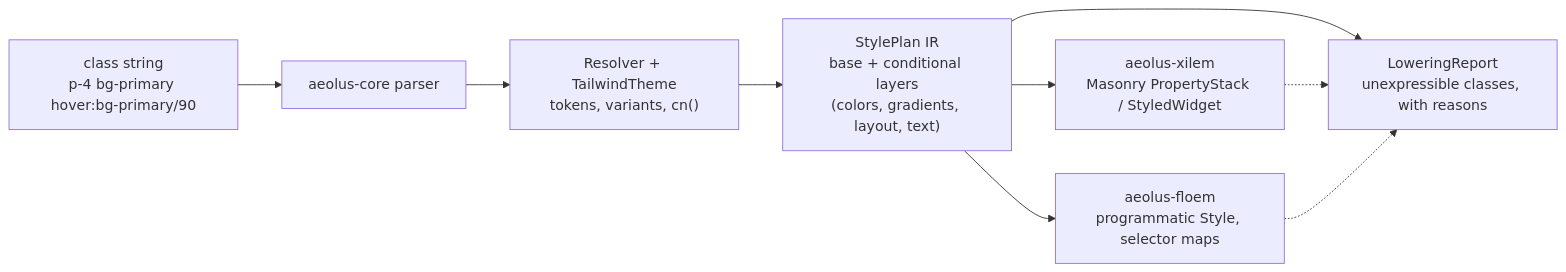
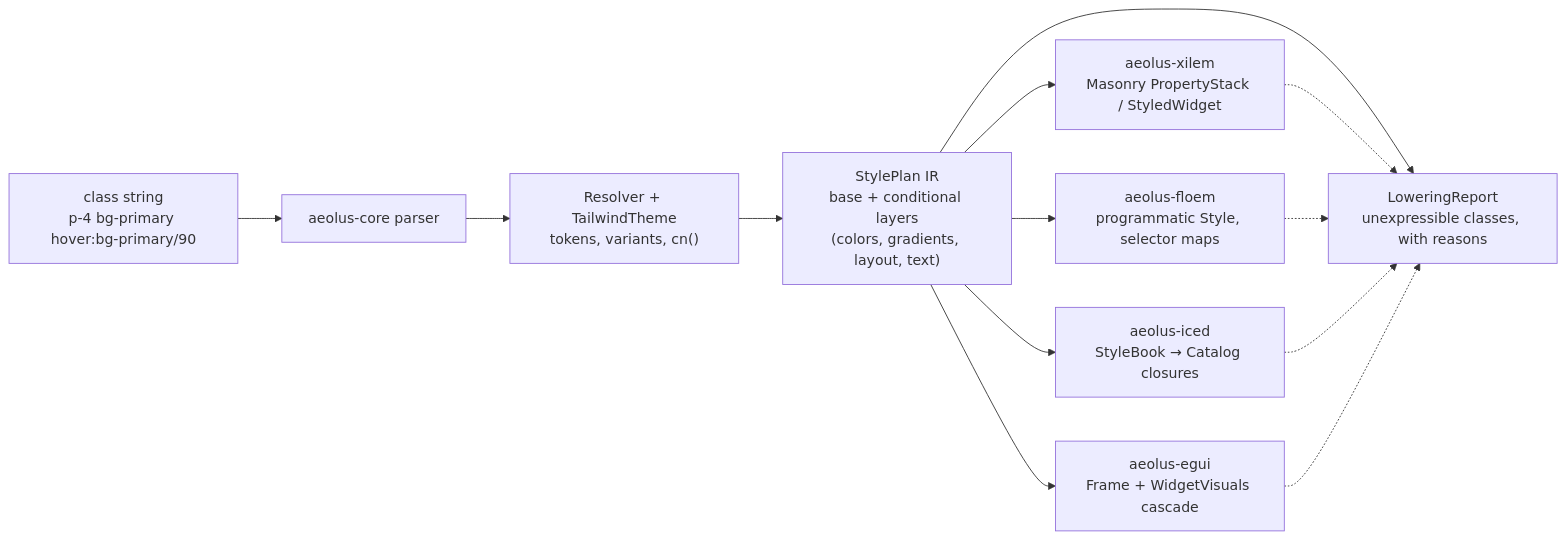
Before and after one commit to elcoosp/aeolus: the diagram in README.md, drawn with Mermaid. The commit also changed other lines of this file, not shown here.

First line of the commit message:
docs: document the Iced and egui backends across the README

````diff
--- a/README.md
+++ b/README.md
@@ -70,11 +84,15 @@
 ```mermaid
 flowchart LR
     A["class string<br/>p-4 bg-primary hover:bg-primary/90"] --> B["aeolus-core parser"]
     B --> C["Resolver + TailwindTheme<br/>tokens, variants, cn()"]
     C --> D["StylePlan IR<br/>base + conditional layers<br/>(colors, gradients, layout, text)"]
     D --> E["aeolus-xilem<br/>Masonry PropertyStack / StyledWidget"]
     D --> F["aeolus-floem<br/>programmatic Style, selector maps"]
+    D --> H["aeolus-iced<br/>StyleBook → Catalog closures"]
+    D --> I["aeolus-egui<br/>Frame + WidgetVisuals cascade"]
     D --> G["LoweringReport<br/>unexpressible classes, with reasons"]
     E -.-> G
     F -.-> G
+    H -.-> G
+    I -.-> G
 ```
````
